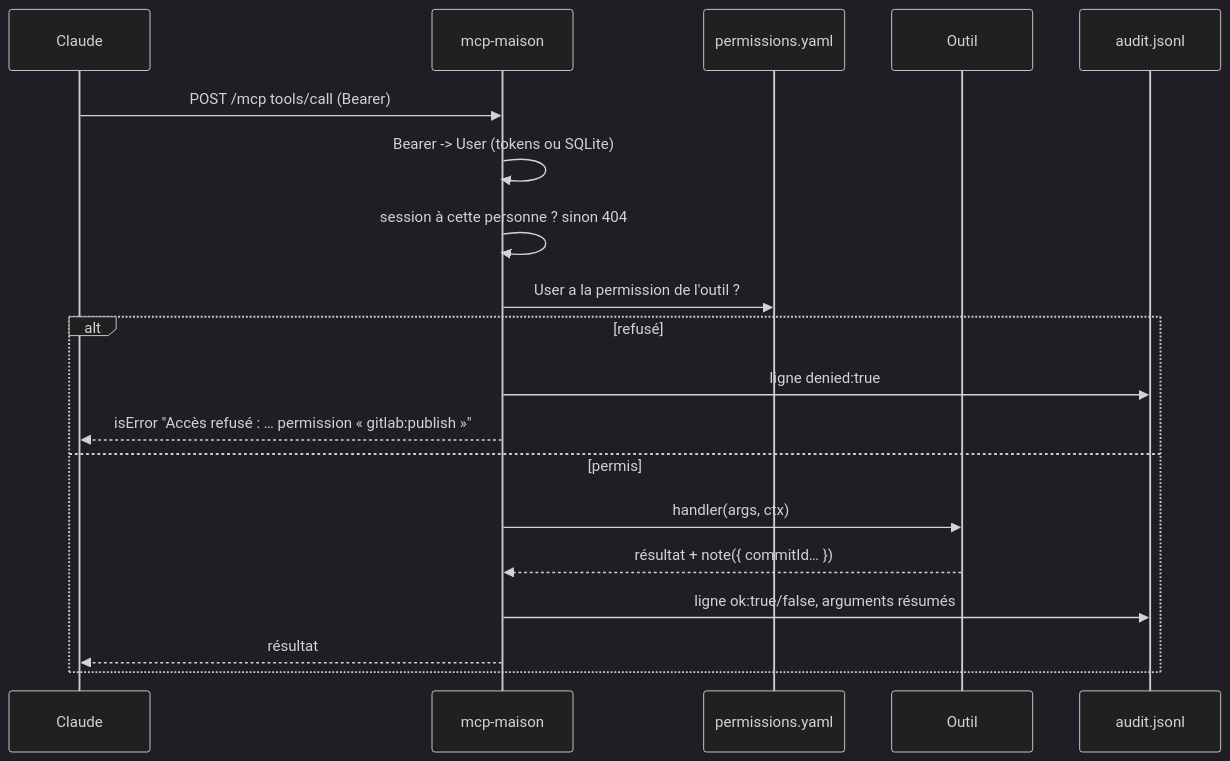
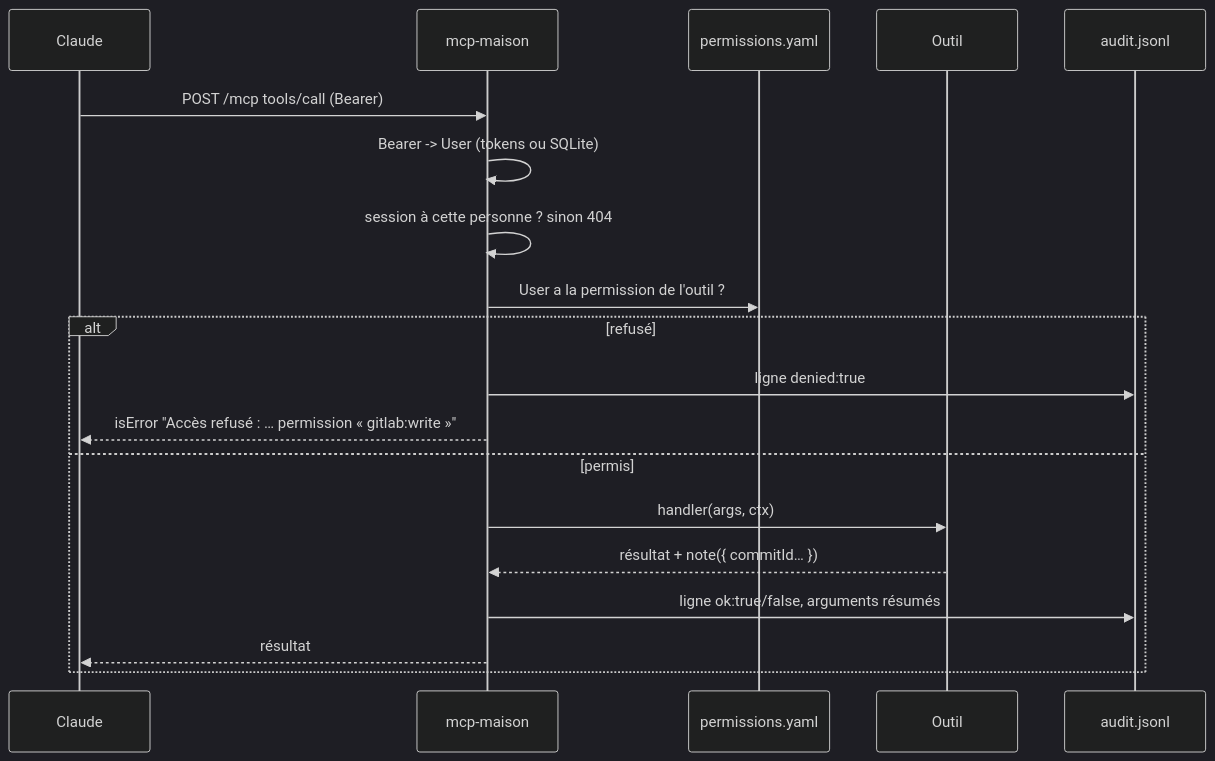
The second of 2 diagrams in docs/architecture.md (ldesfontaine/mcp-maison), drawn with Mermaid (dark theme) before and after one commit. The commit also changed other lines of this file and 28 other files, not shown here.

````diff
--- a/docs/architecture.md
+++ b/docs/architecture.md
@@ -86,21 +86,21 @@
 ```mermaid
 sequenceDiagram
     participant C as Claude
     participant M as mcp-maison
     participant P as permissions.yaml
     participant T as Outil
     participant A as audit.jsonl
     C->>M: POST /mcp tools/call (Bearer)
     M->>M: Bearer -> User (tokens ou SQLite)
     M->>M: session à cette personne ? sinon 404
     M->>P: User a la permission de l'outil ?
     alt refusé
         M->>A: ligne denied:true
-        M-->>C: isError "Accès refusé : … permission « gitlab:publish »"
+        M-->>C: isError "Accès refusé : … permission « gitlab:write »"
     else permis
         M->>T: handler(args, ctx)
         T-->>M: résultat + note({ commitId… })
         M->>A: ligne ok:true/false, arguments résumés
         M-->>C: résultat
     end
 ```
````
